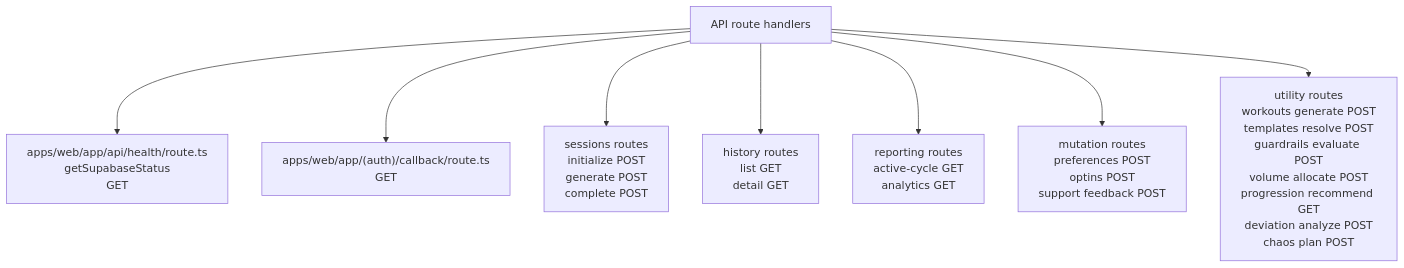
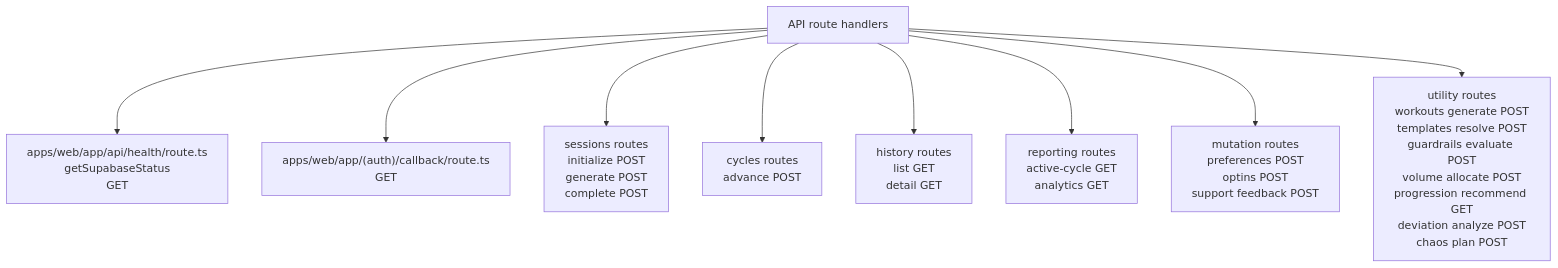
The first of 5 diagrams in docs/mermaid/runtime-function-surface.md (manjuyod/adaptabuddy_v2), drawn with Mermaid before and after one commit. The commit also changed other lines of this file and 6 other files, not shown here.

Commit message:
mermaid update

````diff
--- a/docs/mermaid/runtime-function-surface.md
+++ b/docs/mermaid/runtime-function-surface.md
@@ -7,11 +7,12 @@
 ```mermaid
 flowchart TB
   ApiRoutes["API route handlers"]
   ApiRoutes --> Health["apps/web/app/api/health/route.ts<br/>getSupabaseStatus<br/>GET"]
   ApiRoutes --> Callback["apps/web/app/(auth)/callback/route.ts<br/>GET"]
   ApiRoutes --> Sessions["sessions routes<br/>initialize POST<br/>generate POST<br/>complete POST"]
+  ApiRoutes --> Cycles["cycles routes<br/>advance POST"]
   ApiRoutes --> History["history routes<br/>list GET<br/>detail GET"]
   ApiRoutes --> Reporting["reporting routes<br/>active-cycle GET<br/>analytics GET"]
   ApiRoutes --> Updates["mutation routes<br/>preferences POST<br/>optins POST<br/>support feedback POST"]
   ApiRoutes --> Utility["utility routes<br/>workouts generate POST<br/>templates resolve POST<br/>guardrails evaluate POST<br/>volume allocate POST<br/>progression recommend GET<br/>deviation analyze POST<br/>chaos plan POST"]
 ```
````
